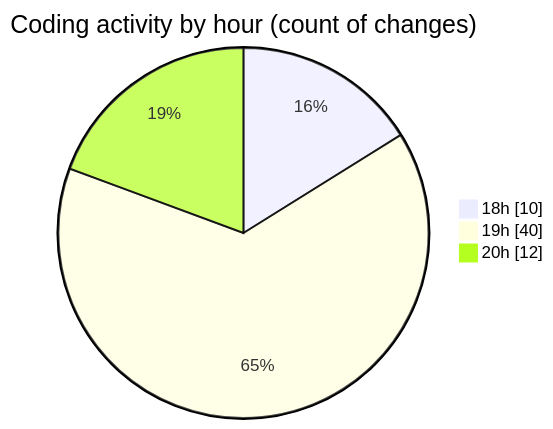
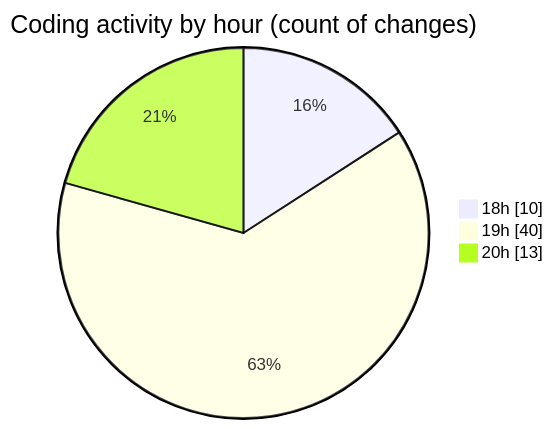
The second of 2 diagrams in 2025-03-29/back-end/README.md (Netris89/code-tracking), drawn with Mermaid before and after one commit. The commit also changed other lines of this file and 1 other file, not shown here.

````diff
--- a/2025-03-29/back-end/README.md
+++ b/2025-03-29/back-end/README.md
@@ -31,7 +31,7 @@
 ```mermaid
 pie showData
 title Coding activity by hour (count of changes)
 "18h" : 10
 "19h" : 40
-"20h" : 12
+"20h" : 13
 ```
````
